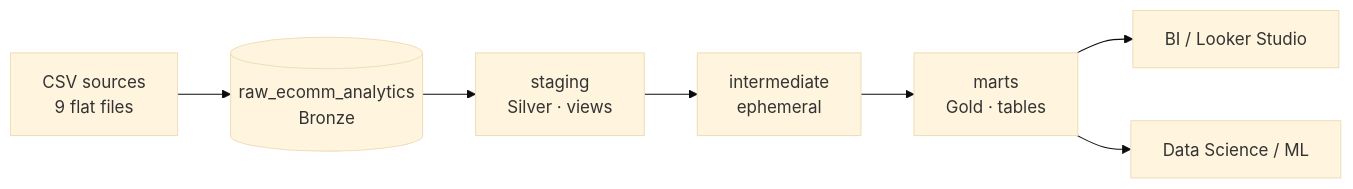
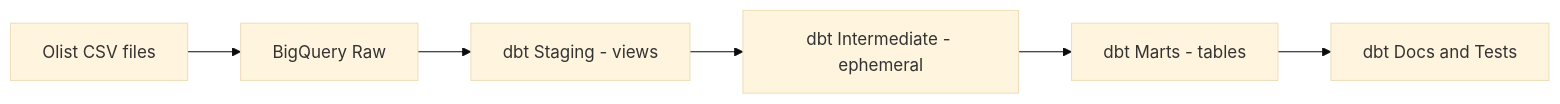
Before and after one commit to ServandoBa/ecommerce-olist-analytics-project: the diagram in README.md, drawn with Mermaid (base theme). The commit also changed other lines of this file and 18 other files, not shown here.

Commit message:
intermediate zone update: geo dedup process. Mart layer development with its documentation and testing process in schema yaml. Update schema macro generator. Update README.

````diff
--- a/README.md
+++ b/README.md
@@ -16,9 +48,8 @@
 ```mermaid
 flowchart LR
-    CSV["CSV sources<br/>9 flat files"] --> RAW[("raw_ecomm_analytics<br/>Bronze")]
-    RAW --> STG["staging<br/>Silver · views"]
-    STG --> INT["intermediate<br/>ephemeral"]
-    INT --> MART["marts<br/>Gold · tables"]
-    MART --> BI["BI / Looker Studio"]
-    MART --> DS["Data Science / ML"]
+    CSV["Olist CSV files"] --> RAW["BigQuery Raw"]
+    RAW --> STG["dbt Staging - views"]
+    STG --> INT["dbt Intermediate - ephemeral"]
+    INT --> MARTS["dbt Marts - tables"]
+    MARTS --> DOCS["dbt Docs and Tests"]
 ```
````
